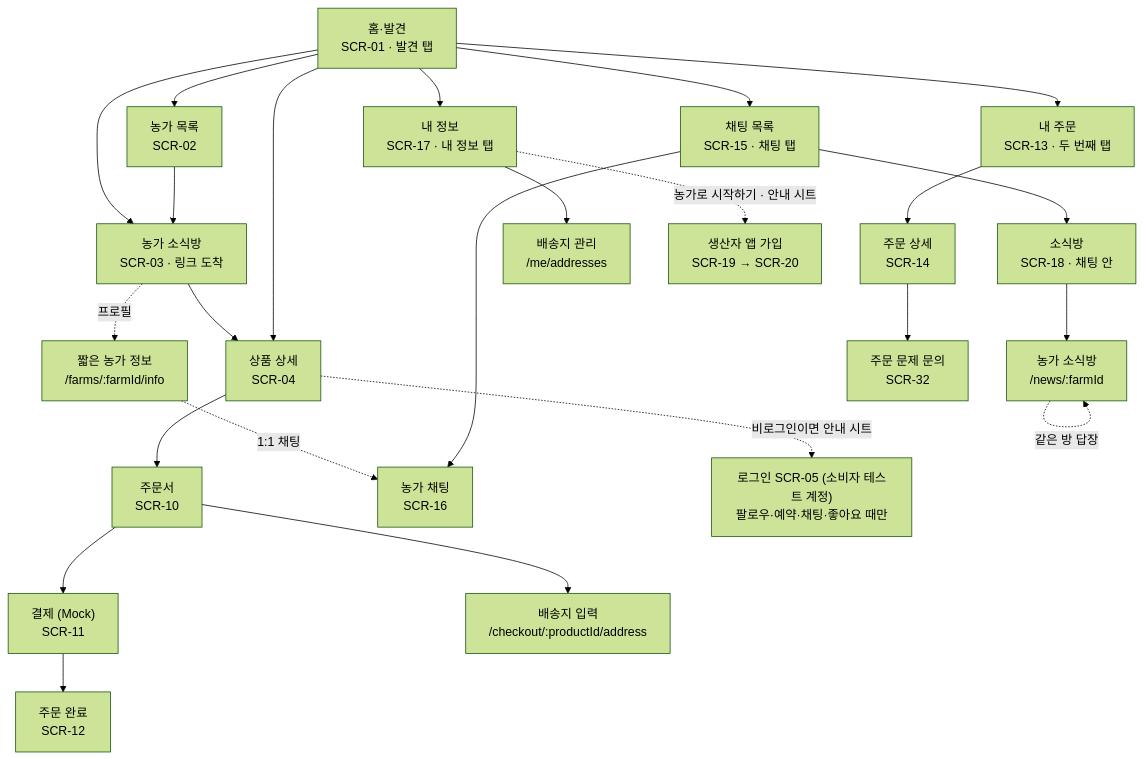
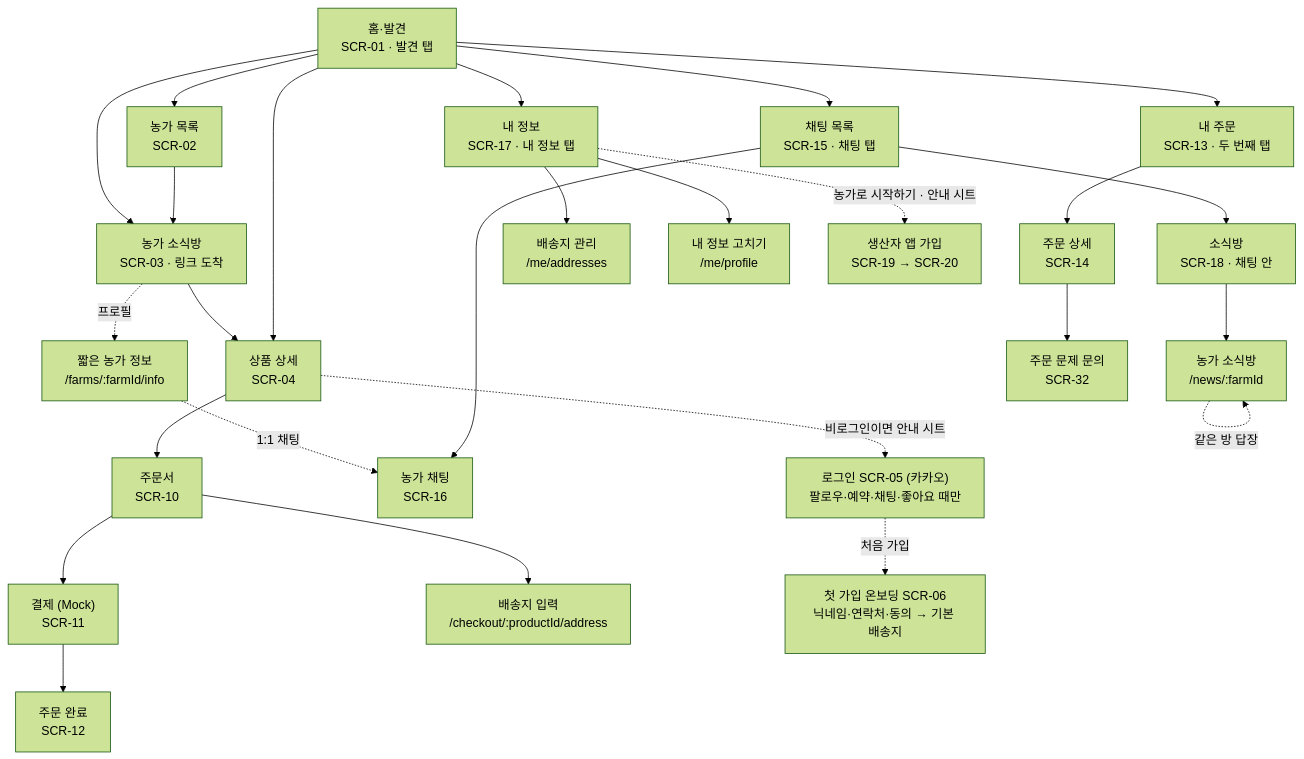
Before and after one commit to snuhcs-course/swpp-2026-project-team-06: the first of 4 diagrams in docs/spec/ia.md, drawn with Mermaid (forest theme). The commit also changed other lines of this file and 6 other files, not shown here.

First line of the commit message:
docs(spec): 카카오 첫 가입 온보딩과 배송지 50개 (DEV-32)

````diff
--- a/docs/spec/ia.md
+++ b/docs/spec/ia.md
@@ -30,27 +30,29 @@
 ```mermaid
 flowchart TD
   home["홈·발견<br/>SCR-01 · 발견 탭"]
   home --> farms["농가 목록<br/>SCR-02"]
   chats --> news["소식방<br/>SCR-18 · 채팅 안"]
   home --> chats["채팅 목록<br/>SCR-15 · 채팅 탭"]
   home --> me["내 정보<br/>SCR-17 · 내 정보 탭"]
   farms --> farm["농가 소식방<br/>SCR-03 · 링크 도착"]
   home --> farm
   home --> product
   farm --> product["상품 상세<br/>SCR-04"]
   product --> checkout["주문서<br/>SCR-10"]
   checkout --> pay["결제 (Mock)<br/>SCR-11"]
   pay --> done["주문 완료<br/>SCR-12"]
   chats --> chat["농가 채팅<br/>SCR-16"]
   room -. 같은 방 답장 .-> room
   farm -. 프로필 .-> info["짧은 농가 정보<br/>/farms/:farmId/info"]
   info -. 1:1 채팅 .-> chat
   home --> orders["내 주문<br/>SCR-13 · 두 번째 탭"]
   orders --> detail["주문 상세<br/>SCR-14"]
   detail --> inquiry["주문 문제 문의<br/>SCR-32"]
   news --> room["농가 소식방<br/>/news/:farmId"]
   me --> addresses["배송지 관리<br/>/me/addresses"]
   checkout --> address["배송지 입력<br/>/checkout/:productId/address"]
-  product -. 비로그인이면 안내 시트 .-> login["로그인 SCR-05 (소비자 테스트 계정)<br/>팔로우·예약·채팅·좋아요 때만"]
+  product -. 비로그인이면 안내 시트 .-> login["로그인 SCR-05 (카카오)<br/>팔로우·예약·채팅·좋아요 때만"]
+  login -. 처음 가입 .-> onboarding["첫 가입 온보딩 SCR-06<br/>닉네임·연락처·동의 → 기본 배송지"]
+  me --> profile["내 정보 고치기<br/>/me/profile"]
   me -. 농가로 시작하기 · 안내 시트 .-> papp["생산자 앱 가입<br/>SCR-19 → SCR-20"]
 ```
````
